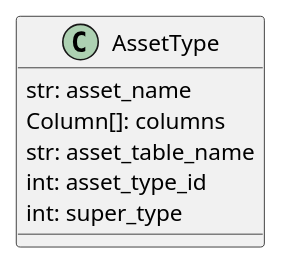
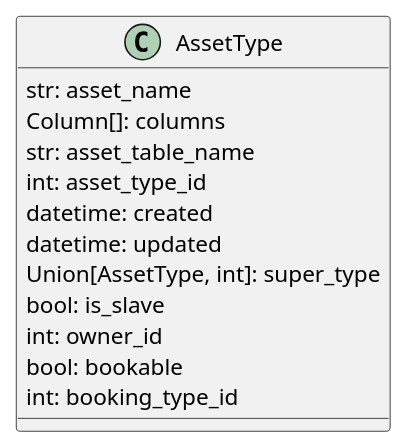
Before and after one commit to PDT42/AnyBase: the diagram in doc/entities/graphics/plantuml files/asset_type.wsd, drawn with PlantUML. The commit also changed 2 other files, not shown here.

```diff
--- a/doc/entities/graphics/plantuml files/asset_type.wsd
+++ b/doc/entities/graphics/plantuml files/asset_type.wsd
@@ -1,11 +1,17 @@
 @startuml asset_type_class
 
 class AssetType {
     str: asset_name
     Column[]: columns
     str: asset_table_name
     int: asset_type_id
-    int: super_type
+    datetime: created
+    datetime: updated
+    Union[AssetType, int]: super_type
+    bool: is_slave
+    int: owner_id
+    bool: bookable
+    int: booking_type_id
 }
 
 @enduml
```
